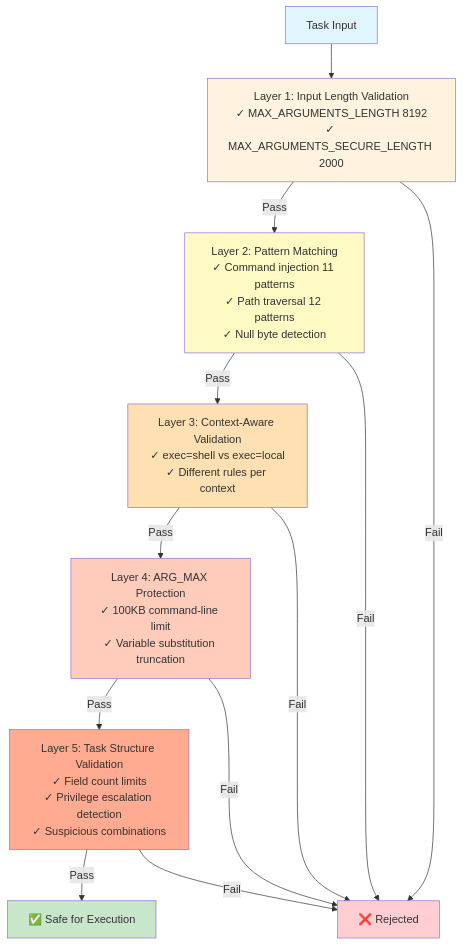
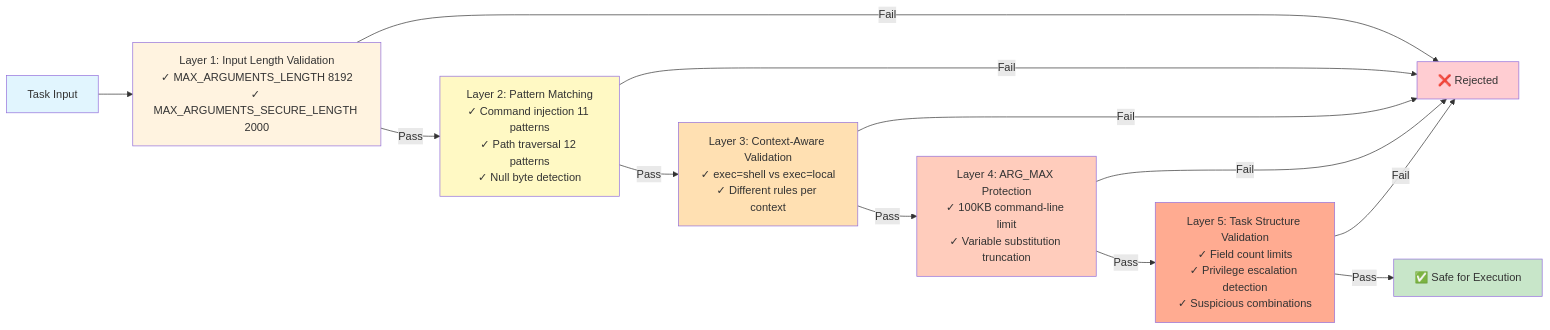
One commit to bastelbude1/Tasker changed the sixth of 8 diagrams in ARCHITECTURE_MERMAID.md. Above: the diagram before and after it, drawn with Mermaid.

Commit message:
docs: Reverse pass/fail order in Security Validation Pipeline for left-to-right reading
- Changed from TB to LR layout
- Fail paths now branch first, Pass continues right
- Final Pass (Safe) now positioned on the right
- Supports natural left-to-right reading flow

````diff
--- a/ARCHITECTURE_MERMAID.md
+++ b/ARCHITECTURE_MERMAID.md
@@ -295,34 +295,34 @@
 ```mermaid
-graph TB
+graph LR
     Input[Task Input]
 
     L1[Layer 1: Input Length Validation<br/>✓ MAX_ARGUMENTS_LENGTH 8192<br/>✓ MAX_ARGUMENTS_SECURE_LENGTH 2000]
     L2[Layer 2: Pattern Matching<br/>✓ Command injection 11 patterns<br/>✓ Path traversal 12 patterns<br/>✓ Null byte detection]
     L3[Layer 3: Context-Aware Validation<br/>✓ exec=shell vs exec=local<br/>✓ Different rules per context]
     L4[Layer 4: ARG_MAX Protection<br/>✓ 100KB command-line limit<br/>✓ Variable substitution truncation]
     L5[Layer 5: Task Structure Validation<br/>✓ Field count limits<br/>✓ Privilege escalation detection<br/>✓ Suspicious combinations]
 
+    Reject[❌ Rejected]
     Safe[✅ Safe for Execution]
-    Reject[❌ Rejected]
 
     Input --> L1
+    L1 -->|Fail| Reject
     L1 -->|Pass| L2
-    L1 -->|Fail| Reject
+    L2 -->|Fail| Reject
     L2 -->|Pass| L3
-    L2 -->|Fail| Reject
+    L3 -->|Fail| Reject
     L3 -->|Pass| L4
-    L3 -->|Fail| Reject
+    L4 -->|Fail| Reject
     L4 -->|Pass| L5
-    L4 -->|Fail| Reject
+    L5 -->|Fail| Reject
     L5 -->|Pass| Safe
-    L5 -->|Fail| Reject
 
     style Input fill:#e1f5fe
     style L1 fill:#fff3e0
     style L2 fill:#fff9c4
     style L3 fill:#ffe0b2
     style L4 fill:#ffccbc
     style L5 fill:#ffab91
+    style Reject fill:#ffcdd2
     style Safe fill:#c8e6c9
-    style Reject fill:#ffcdd2
 ```
````
